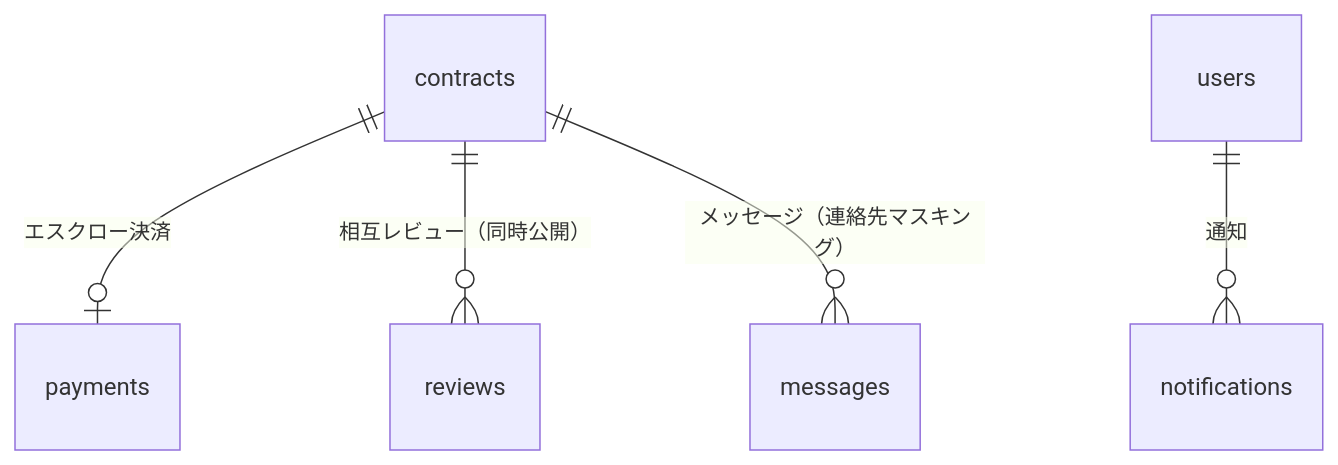
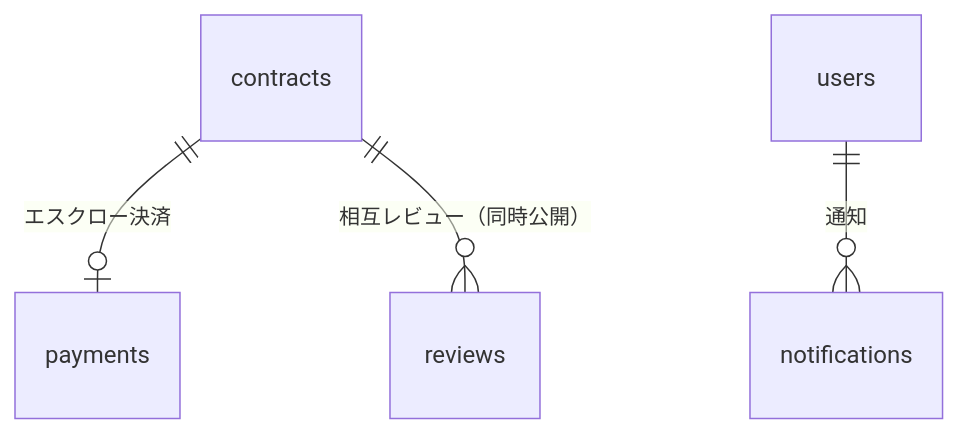
One commit to masa-devx/it-matching-service-clean-architecture changed the sixth of 6 diagrams in docs/データ設計.md. Above: the diagram before and after it, drawn with Mermaid. The commit also changed other lines of this file and 1 other file, not shown here.

````diff
--- a/docs/データ設計.md
+++ b/docs/データ設計.md
@@ -261,7 +285,6 @@
 ```mermaid
 erDiagram
     contracts ||--o| payments : "エスクロー決済"
     contracts ||--o{ reviews : "相互レビュー（同時公開）"
-    contracts ||--o{ messages : "メッセージ（連絡先マスキング）"
     users ||--o{ notifications : "通知"
 ```
````
